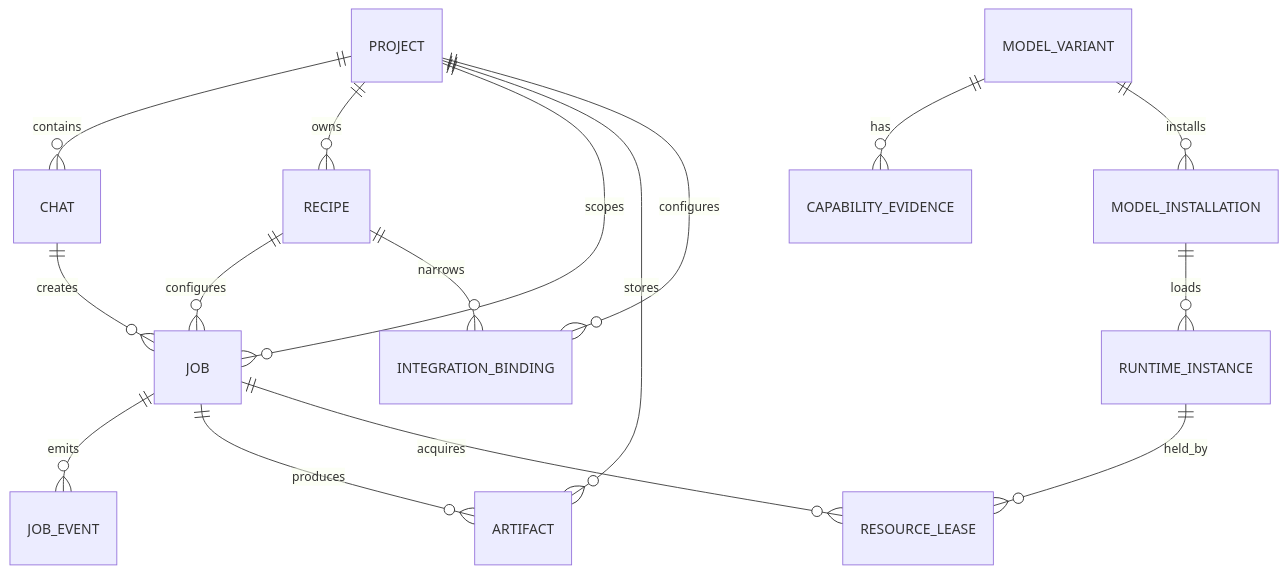
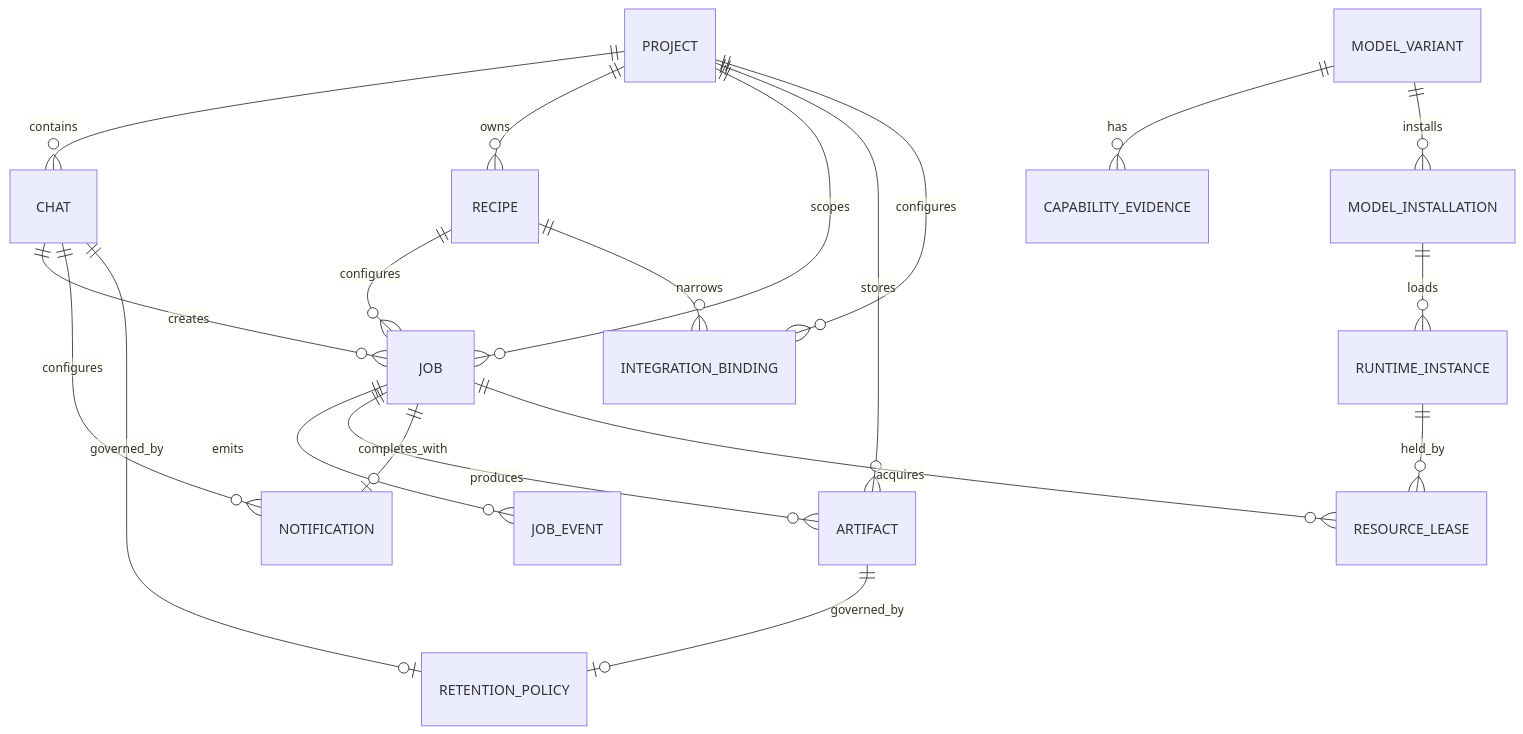
One commit to MattoYuzuru/Guanxi changed the diagram in docs/architecture/diagrams/domain-er.mmd. Above: the diagram before and after it, drawn with Mermaid. The commit also changed 33 other files, not shown here.

```diff
--- a/docs/architecture/diagrams/domain-er.mmd
+++ b/docs/architecture/diagrams/domain-er.mmd
@@ -1,16 +1,20 @@
 erDiagram
     PROJECT ||--o{ CHAT : contains
     PROJECT ||--o{ RECIPE : owns
     PROJECT ||--o{ JOB : scopes
     PROJECT ||--o{ ARTIFACT : stores
     CHAT ||--o{ JOB : creates
+    CHAT ||--o{ NOTIFICATION : configures
     RECIPE ||--o{ JOB : configures
     JOB ||--o{ JOB_EVENT : emits
     JOB ||--o{ ARTIFACT : produces
+    JOB ||--o| NOTIFICATION : completes_with
     JOB ||--o{ RESOURCE_LEASE : acquires
     MODEL_VARIANT ||--o{ CAPABILITY_EVIDENCE : has
     MODEL_VARIANT ||--o{ MODEL_INSTALLATION : installs
     MODEL_INSTALLATION ||--o{ RUNTIME_INSTANCE : loads
     RUNTIME_INSTANCE ||--o{ RESOURCE_LEASE : held_by
     PROJECT ||--o{ INTEGRATION_BINDING : configures
     RECIPE ||--o{ INTEGRATION_BINDING : narrows
+    CHAT ||--o| RETENTION_POLICY : governed_by
+    ARTIFACT ||--o| RETENTION_POLICY : governed_by
```
